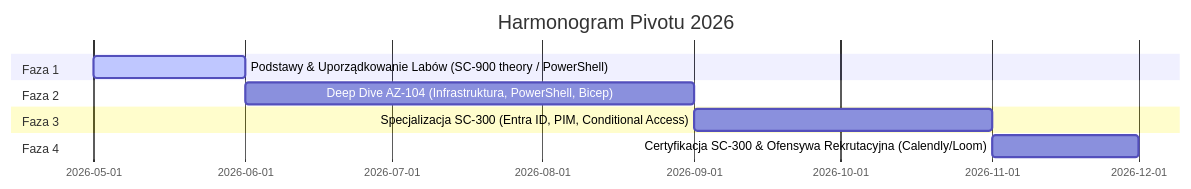
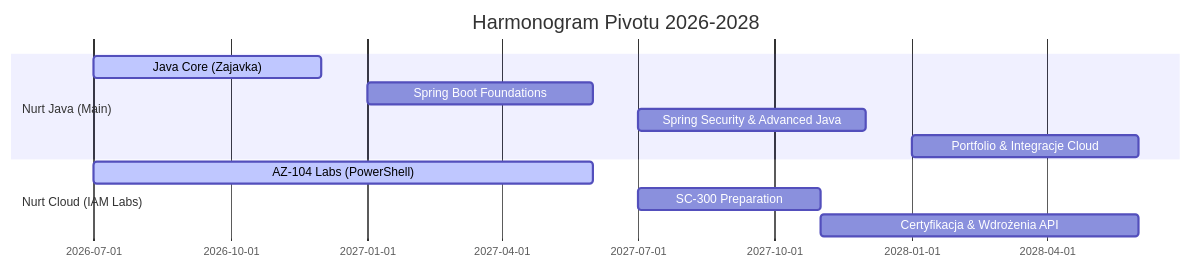
The diagram in docs/plans/IAM_pivot_strategy.md (krepi/IAM_labs), drawn with Mermaid before and after one commit. The commit also changed other lines of this file and 2 other files, not shown here.

Commit message:
docs: update strategy, sync log and add java project guidelines

````diff
--- a/docs/plans/IAM_pivot_strategy.md
+++ b/docs/plans/IAM_pivot_strategy.md
@@ -97,13 +108,14 @@
 ```mermaid
 gantt
-    title Harmonogram Pivotu 2026
+    title Harmonogram Pivotu 2026-2028
     dateFormat  YYYY-MM
-    section Faza 1
-    Podstawy & Uporządkowanie Labów (SC-900 theory / PowerShell) :active, 2026-05, 2026-06
-    section Faza 2
-    Deep Dive AZ-104 (Infrastruktura, PowerShell, Bicep)     :2026-06, 2026-09
-    section Faza 3
-    Specjalizacja SC-300 (Entra ID, PIM, Conditional Access) :2026-09, 2026-11
-    section Faza 4
-    Certyfikacja SC-300 & Ofensywa Rekrutacyjna (Calendly/Loom) :2026-11, 2026-12
+    section Nurt Java (Main)
+    Java Core (Zajavka)               :active, 2026-07, 2026-12
+    Spring Boot Foundations           :2027-01, 2027-06
+    Spring Security & Advanced Java   :2027-07, 2027-12
+    Portfolio & Integracje Cloud      :2028-01, 2028-06
+    section Nurt Cloud (IAM Labs)
+    AZ-104 Labs (PowerShell)          :active, 2026-07, 2027-06
+    SC-300 Preparation                :2027-07, 2027-11
+    Certyfikacja & Wdrożenia API      :2027-11, 2028-06
 ```
````
